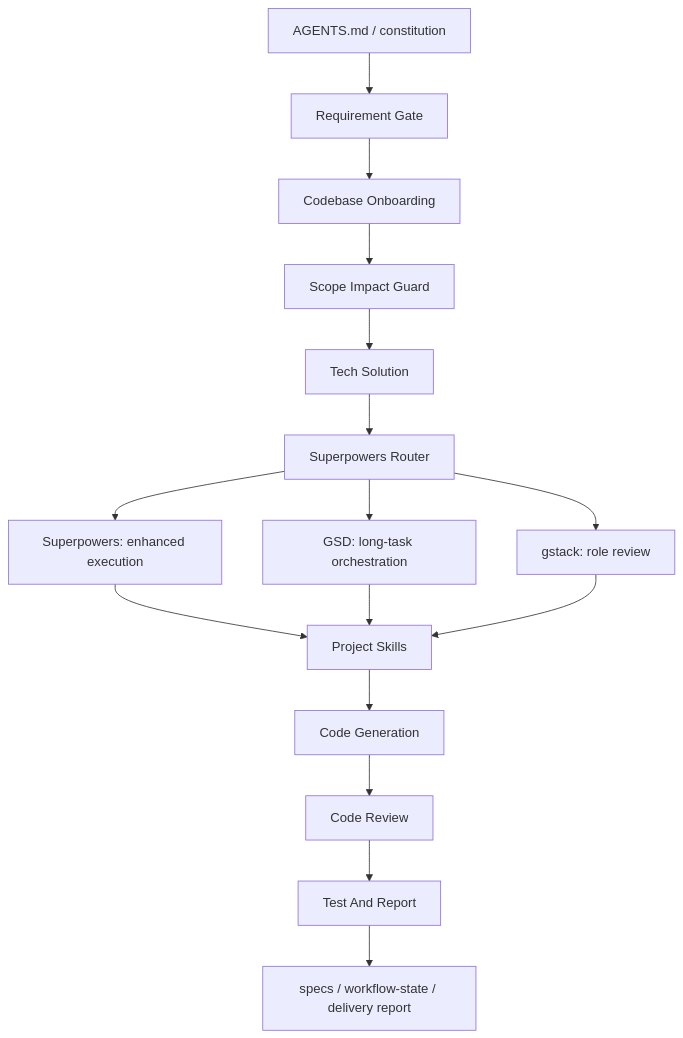
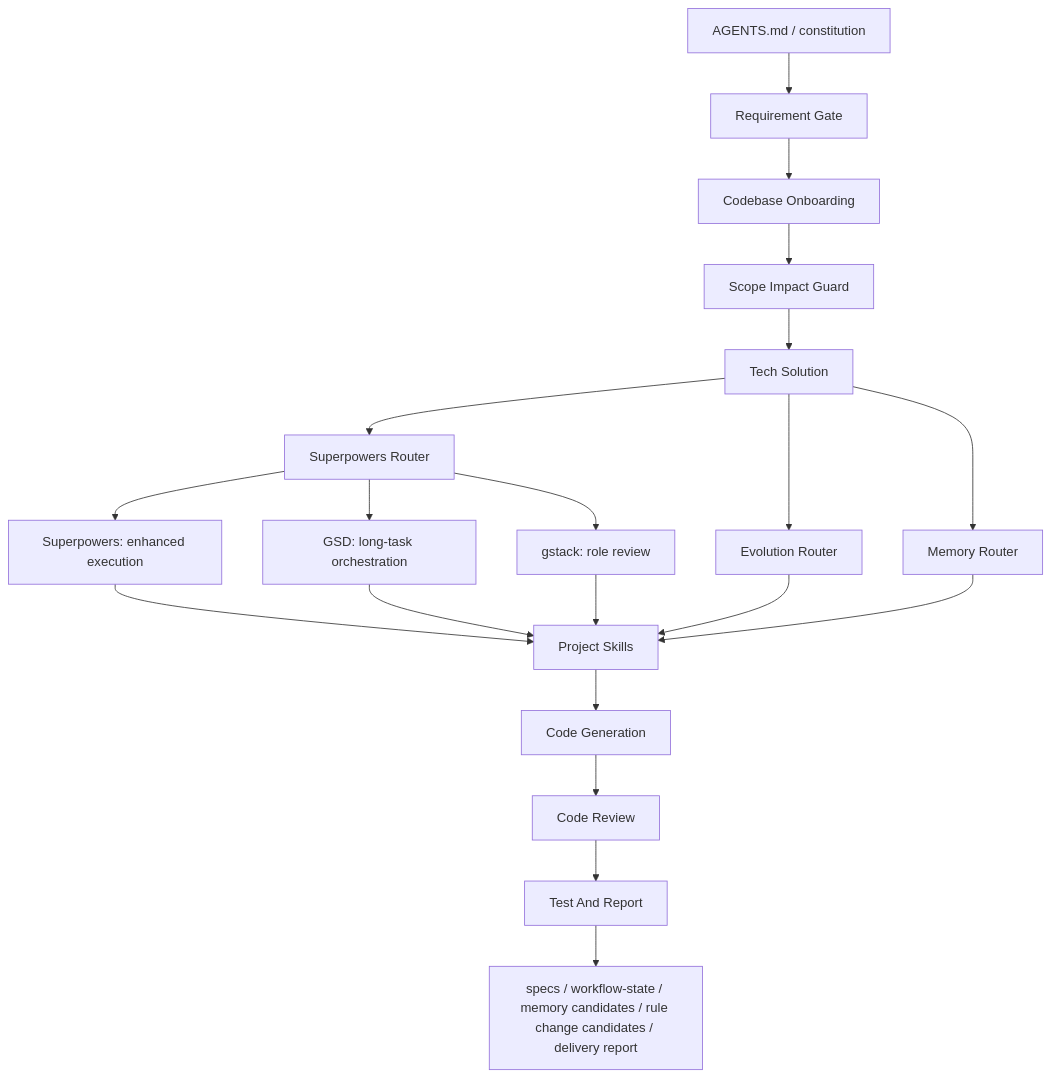
One commit to iizhan/workflow-skills changed the diagram in README.md. Above: the diagram before and after it, drawn with Mermaid. The commit also changed other lines of this file and 65 other files, not shown here.

````diff
--- a/README.md
+++ b/README.md
@@ -53,18 +56,22 @@
 ```mermaid
 flowchart TD
   A["AGENTS.md / constitution"] --> B["Requirement Gate"]
   B --> C["Codebase Onboarding"]
   C --> D["Scope Impact Guard"]
   D --> E["Tech Solution"]
   E --> F["Superpowers Router"]
   F --> G["Superpowers: enhanced execution"]
   F --> H["GSD: long-task orchestration"]
   F --> I["gstack: role review"]
+  E --> R["Memory Router"]
+  E --> Q["Evolution Router"]
   G --> J["Project Skills"]
   H --> J
   I --> J
+  Q --> J
+  R --> J
   J --> K["Code Generation"]
   K --> L["Code Review"]
   L --> M["Test And Report"]
-  M --> N["specs / workflow-state / delivery report"]
+  M --> N["specs / workflow-state / memory candidates / rule change candidates / delivery report"]
 ```
````
